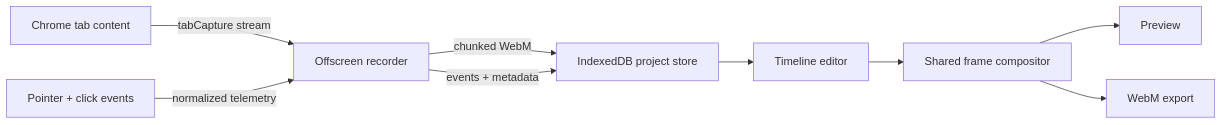
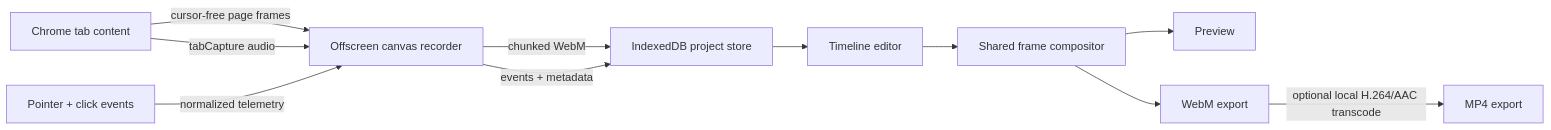
Before and after one commit to hpurba/Open_Screen_Studio: the diagram in README.md, drawn with Mermaid. The commit also changed other lines of this file and 24 other files, not shown here.

````diff
--- a/README.md
+++ b/README.md
@@ -48,11 +48,13 @@
 ```mermaid
 flowchart LR
-    A["Chrome tab content"] -->|tabCapture stream| B["Offscreen recorder"]
+    A["Chrome tab content"] -->|cursor-free page frames| B["Offscreen canvas recorder"]
+    A -->|tabCapture audio| B
     C["Pointer + click events"] -->|normalized telemetry| B
     B -->|chunked WebM| D["IndexedDB project store"]
     B -->|events + metadata| D
     D --> E["Timeline editor"]
     E --> F["Shared frame compositor"]
     F --> G["Preview"]
     F --> H["WebM export"]
+    H -->|optional local H.264/AAC transcode| I["MP4 export"]
 ```
````
